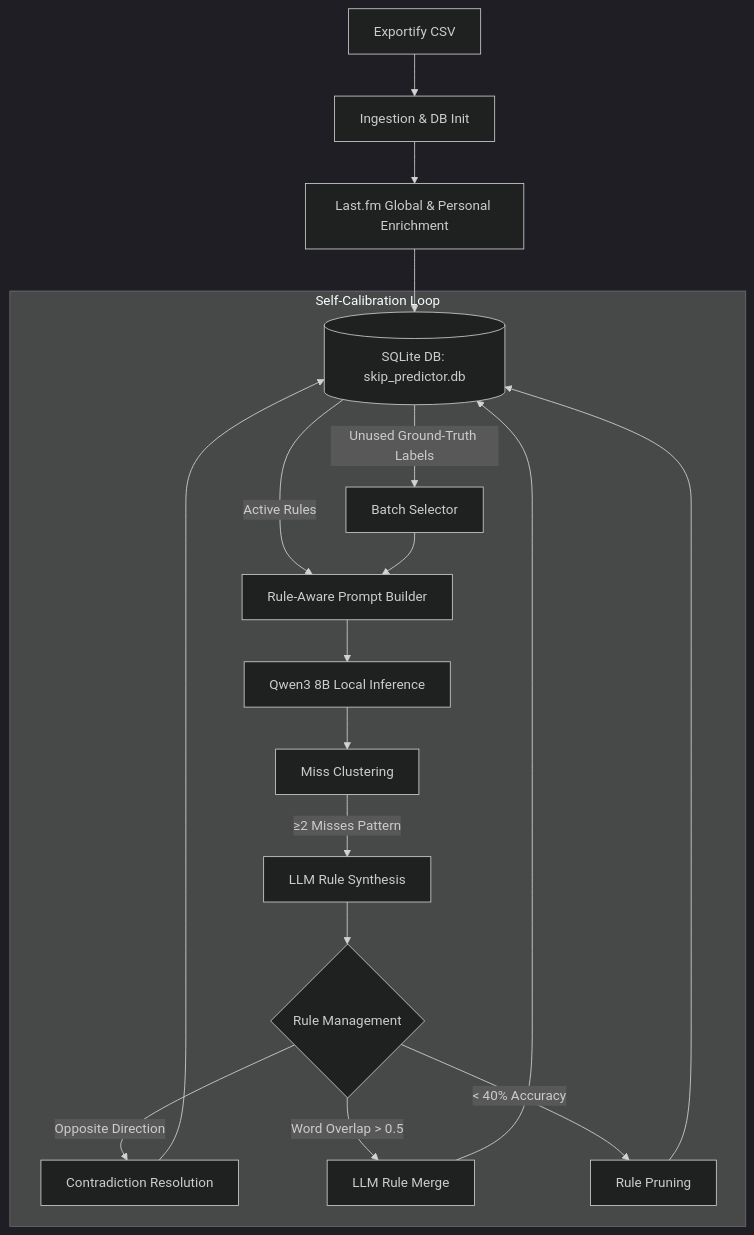
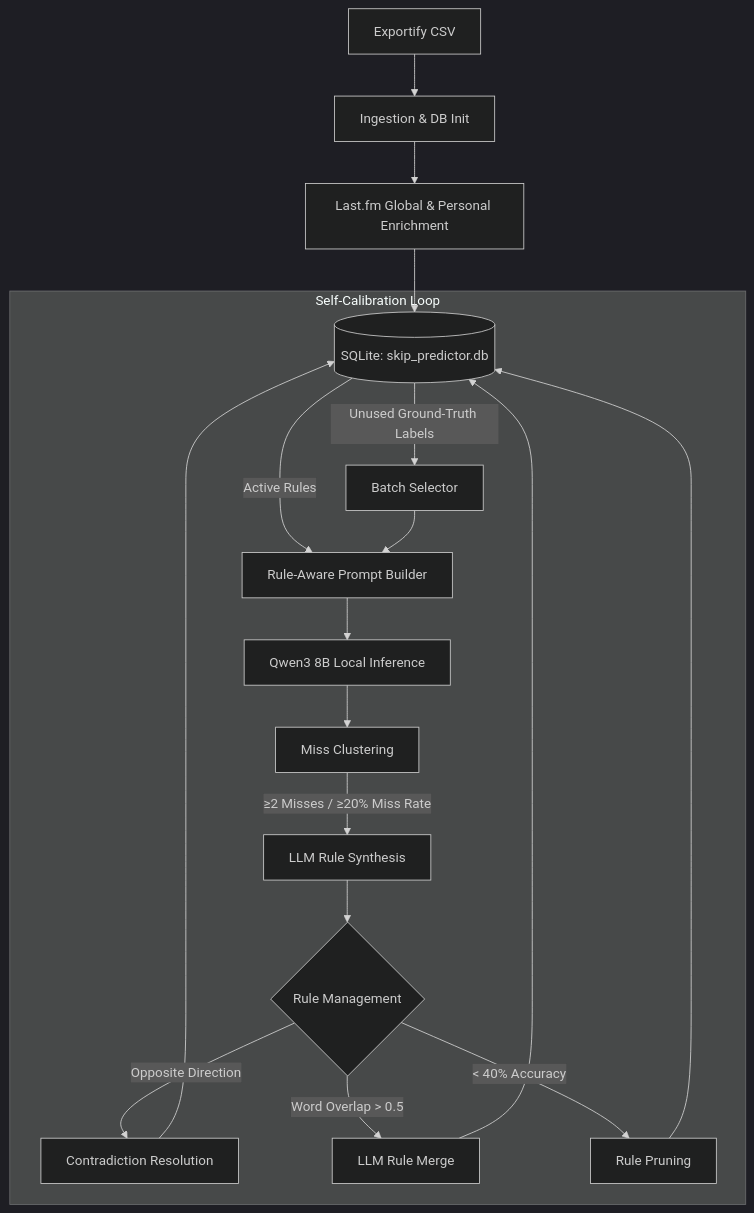
Before and after one commit to mnarla/culler: the diagram in README.md, drawn with Mermaid (dark theme). The commit also changed other lines of this file, not shown here.

````diff
--- a/README.md
+++ b/README.md
@@ -19,22 +17,22 @@
 ```mermaid
 flowchart TD
     A[Exportify CSV] --> B[Ingestion & DB Init]
     B --> C[Last.fm Global & Personal Enrichment]
-    C --> D[(SQLite DB: skip_predictor.db)]
-    
+    C --> D[(SQLite: skip_predictor.db)]
+
     subgraph Calibration Loop [Self-Calibration Loop]
         D -->|Unused Ground-Truth Labels| E[Batch Selector]
         D -->|Active Rules| F[Rule-Aware Prompt Builder]
         E --> F
         F --> G[Qwen3 8B Local Inference]
         G --> H[Miss Clustering]
-        H -->|≥2 Misses Pattern| I[LLM Rule Synthesis]
+        H -->|≥2 Misses / ≥20% Miss Rate| I[LLM Rule Synthesis]
         I --> J{Rule Management}
         J -->|Opposite Direction| K[Contradiction Resolution]
         J -->|Word Overlap > 0.5| L[LLM Rule Merge]
         J -->|< 40% Accuracy| M[Rule Pruning]
         K --> D
         L --> D
         M --> D
     end
 ```
````
